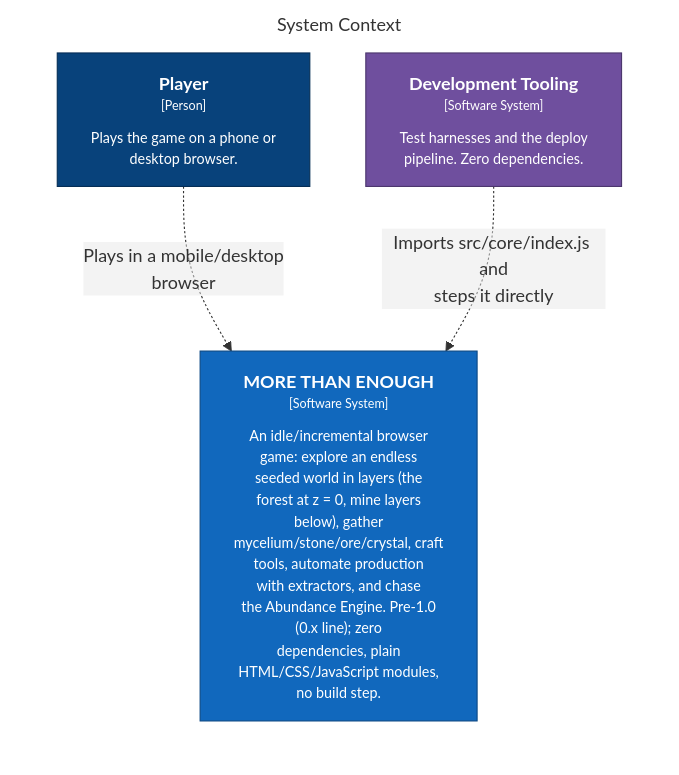
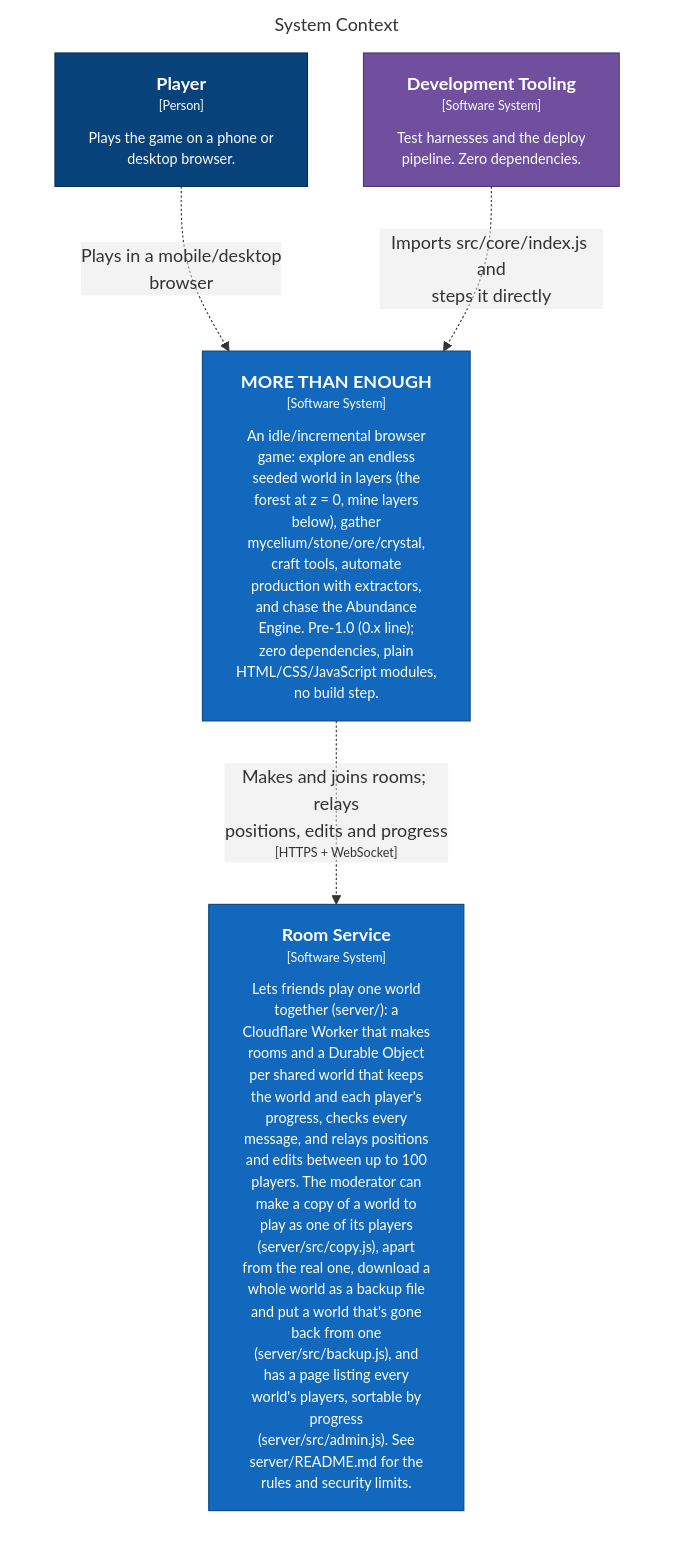
The diagram in structurizr/diagrams/SystemContext.mmd (bitkojine/more-than-enough), drawn with Mermaid before and after one commit. The commit also changed 82 other files, not shown here.

```diff
--- a/structurizr/diagrams/SystemContext.mmd
+++ b/structurizr/diagrams/SystemContext.mmd
@@ -1,18 +1,21 @@
 %% Generated from structurizr/workspace.dsl — do not edit; run: node structurizr/scripts/structurizr.mjs mermaid
 graph LR
   linkStyle default fill:#ffffff
 
   subgraph diagram ["System Context"]
     style diagram fill:#ffffff,stroke:#ffffff
 
     1["<div style='font-weight: bold'>Player</div><div style='font-size: 70%; margin-top: 0px'>[Person]</div><div style='font-size: 80%; margin-top:10px'>Plays the game on a phone or<br />desktop browser.</div>"]
     style 1 fill:#08427b,stroke:#052e56,color:#ffffff
-    26["<div style='font-weight: bold'>Development Tooling</div><div style='font-size: 70%; margin-top: 0px'>[Software System]</div><div style='font-size: 80%; margin-top:10px'>Test harnesses and the deploy<br />pipeline. Zero dependencies.</div>"]
-    style 26 fill:#6f4f9e,stroke:#4d376e,color:#ffffff
-    3["<div style='font-weight: bold'>MORE THAN ENOUGH</div><div style='font-size: 70%; margin-top: 0px'>[Software System]</div><div style='font-size: 80%; margin-top:10px'>An idle/incremental browser<br />game: explore an endless<br />seeded world in layers (the<br />forest at z = 0, mine layers<br />below), gather<br />mycelium/stone/ore/crystal, craft<br />tools, automate production<br />with extractors, and chase<br />the Abundance Engine. Pre-1.0<br />(0.x line); zero<br />dependencies, plain<br />HTML/CSS/JavaScript modules,<br />no build step.</div>"]
+    3["<div style='font-weight: bold'>MORE THAN ENOUGH</div><div style='font-size: 70%; margin-top: 0px'>[Software System]</div><div style='font-size: 80%; margin-top:10px'>An idle/incremental browser<br />game: explore an endless<br />seeded world in layers (the<br />forest at z = 0, mine layers<br />below), gather<br />mycelium/stone/ore/crystal,<br />craft tools, automate<br />production with extractors,<br />and chase the Abundance<br />Engine. Pre-1.0 (0.x line);<br />zero dependencies, plain<br />HTML/CSS/JavaScript modules,<br />no build step.</div>"]
     style 3 fill:#1168bd,stroke:#0b4884,color:#ffffff
+    31["<div style='font-weight: bold'>Room Service</div><div style='font-size: 70%; margin-top: 0px'>[Software System]</div><div style='font-size: 80%; margin-top:10px'>Lets friends play one world<br />together (server/): a<br />Cloudflare Worker that makes<br />rooms and a Durable Object<br />per shared world that keeps<br />the world and each player's<br />progress, checks every<br />message, and relays positions<br />and edits between up to 100<br />players. The moderator can<br />make a copy of a world to<br />play as one of its players<br />(server/src/copy.js), apart<br />from the real one, download a<br />whole world as a backup file<br />and put a world that's gone<br />back from one<br />(server/src/backup.js), and<br />has a page listing every<br />world's players, sortable by<br />progress<br />(server/src/admin.js). See<br />server/README.md for the<br />rules and security limits.</div>"]
+    style 31 fill:#1168bd,stroke:#0b4884,color:#ffffff
+    32["<div style='font-weight: bold'>Development Tooling</div><div style='font-size: 70%; margin-top: 0px'>[Software System]</div><div style='font-size: 80%; margin-top:10px'>Test harnesses and the deploy<br />pipeline. Zero dependencies.</div>"]
+    style 32 fill:#6f4f9e,stroke:#4d376e,color:#ffffff
 
     1-. "<div>Plays in a mobile/desktop<br />browser</div><div style='font-size: 70%'></div>" .->3
-    26-. "<div>Imports src/core/index.js and<br />steps it directly</div><div style='font-size: 70%'></div>" .->3
+    3-. "<div>Makes and joins rooms; relays<br />positions, edits and progress</div><div style='font-size: 70%'>[HTTPS + WebSocket]</div>" .->31
+    32-. "<div>Imports src/core/index.js and<br />steps it directly</div><div style='font-size: 70%'></div>" .->3
 
   end
```
